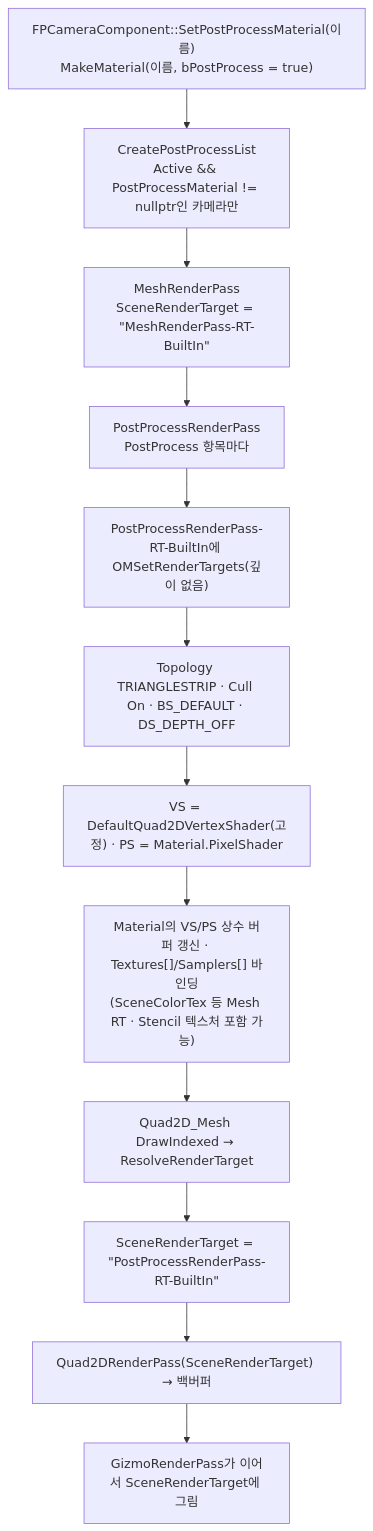
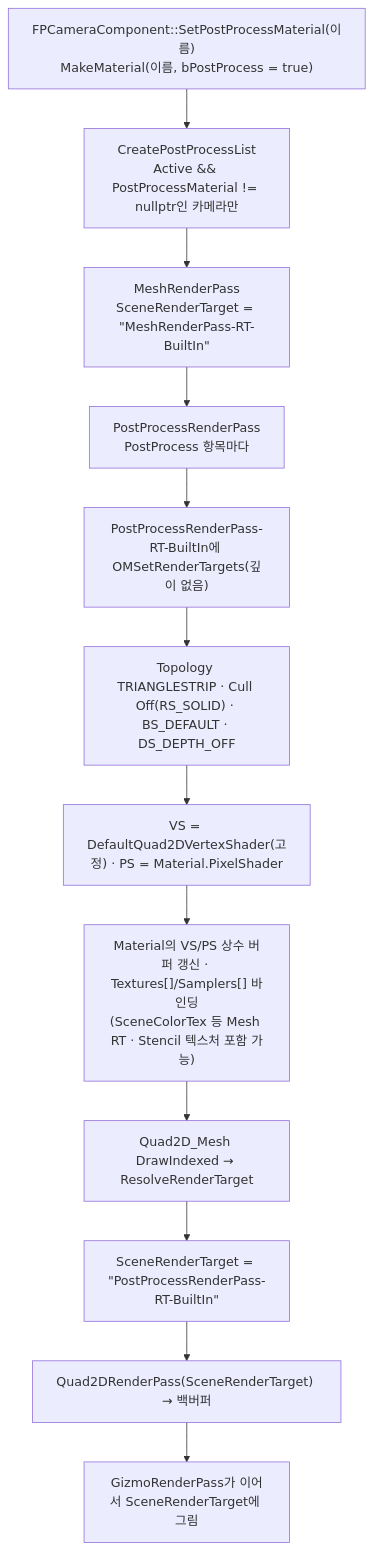
One commit to Gat-Young/ForestPearlEngine changed diagram 14 of 30 in README.md. Above: the diagram before and after it, drawn with Mermaid. The commit also changed other lines of this file and 556 other files, not shown here.

````diff
--- a/README.md
+++ b/README.md
@@ -1102,14 +1145,14 @@
 ```mermaid
 flowchart TD
     CAM["FPCameraComponent::SetPostProcessMaterial(이름)<br/>MakeMaterial(이름, bPostProcess = true)"] --> CPL["CreatePostProcessList<br/>Active && PostProcessMaterial != nullptr인 카메라만"]
     CPL --> M["MeshRenderPass<br/>SceneRenderTarget = &quot;MeshRenderPass-RT-BuiltIn&quot;"]
     M --> PP["PostProcessRenderPass<br/>PostProcess 항목마다"]
     PP --> B1["PostProcessRenderPass-RT-BuiltIn에 OMSetRenderTargets(깊이 없음)"]
-    B1 --> B2["Topology TRIANGLESTRIP · Cull On · BS_DEFAULT · DS_DEPTH_OFF"]
+    B1 --> B2["Topology TRIANGLESTRIP · Cull Off(RS_SOLID) · BS_DEFAULT · DS_DEPTH_OFF"]
     B2 --> B3["VS = DefaultQuad2DVertexShader(고정) · PS = Material.PixelShader"]
     B3 --> B4["Material의 VS/PS 상수 버퍼 갱신 · Textures[]/Samplers[] 바인딩<br/>(SceneColorTex 등 Mesh RT · Stencil 텍스처 포함 가능)"]
     B4 --> B5["Quad2D_Mesh DrawIndexed → ResolveRenderTarget"]
     B5 --> SR["SceneRenderTarget = &quot;PostProcessRenderPass-RT-BuiltIn&quot;"]
     SR --> Q["Quad2DRenderPass(SceneRenderTarget) → 백버퍼"]
     Q --> G["GizmoRenderPass가 이어서 SceneRenderTarget에 그림"]
 ```
````
